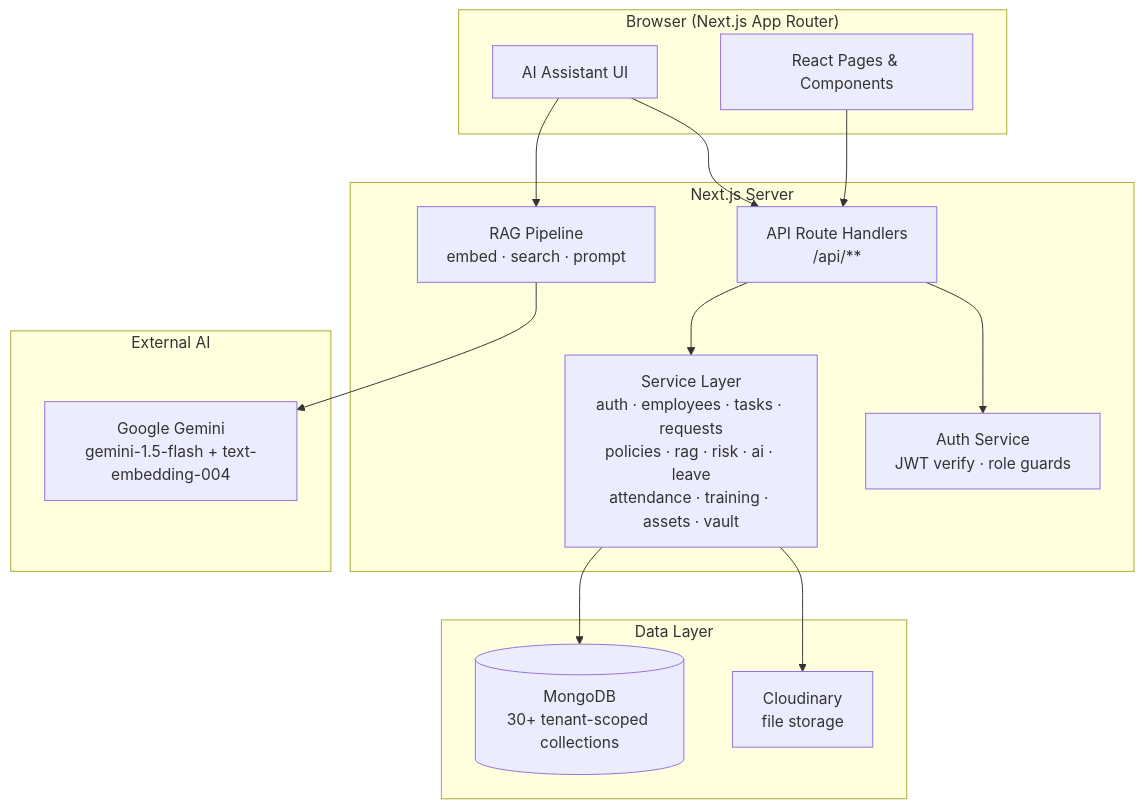
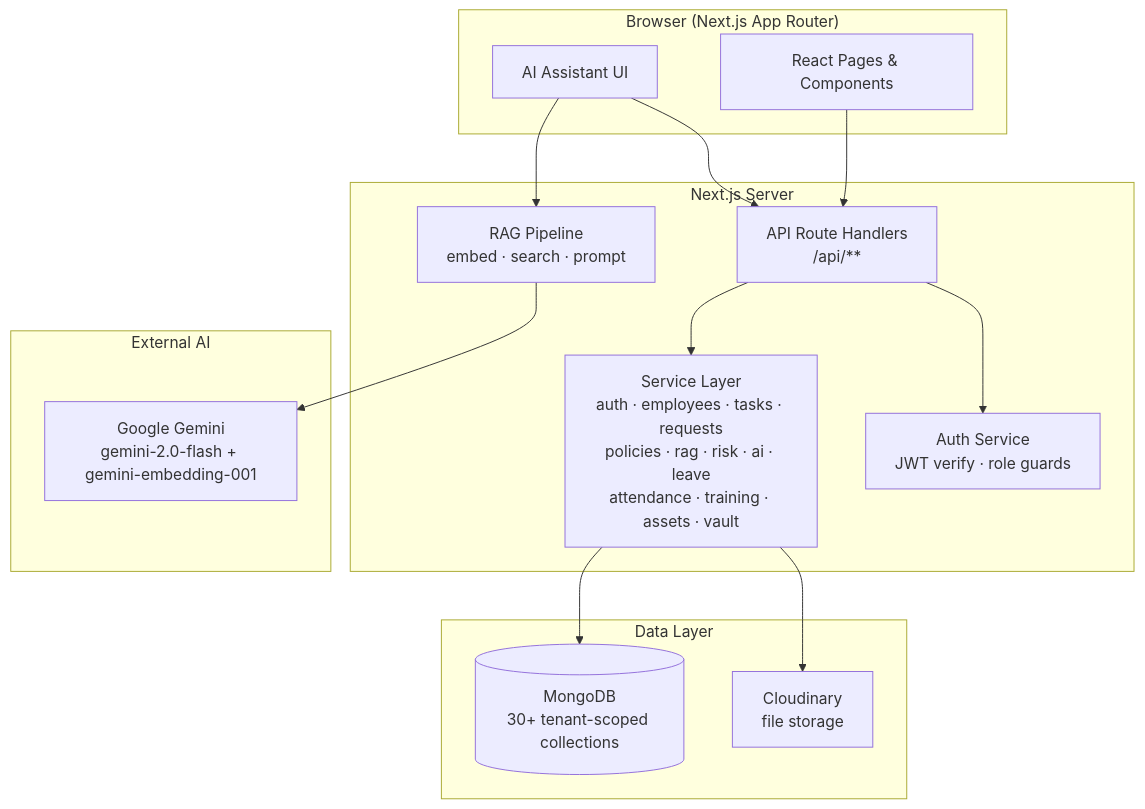
The first of 5 diagrams in README.md (harshimysarla/OnboardAI), drawn with Mermaid before and after one commit. The commit also changed other lines of this file, not shown here.

````diff
--- a/README.md
+++ b/README.md
@@ -55,32 +55,32 @@
 ```mermaid
 flowchart TB
     subgraph Client["Browser (Next.js App Router)"]
         UI[React Pages & Components]
         AIUI[AI Assistant UI]
     end
 
     subgraph Server["Next.js Server"]
         API[API Route Handlers<br/>/api/**]
         SVL[Service Layer<br/>auth · employees · tasks · requests<br/>policies · rag · risk · ai · leave<br/>attendance · training · assets · vault]
         AUTH[Auth Service<br/>JWT verify · role guards]
         RAG[RAG Pipeline<br/>embed · search · prompt]
     end
 
     subgraph Data["Data Layer"]
         MONGO[(MongoDB<br/>30+ tenant-scoped collections)]
         CLD[Cloudinary<br/>file storage]
     end
 
     subgraph External["External AI"]
-        GEM[Google Gemini<br/>gemini-1.5-flash + text-embedding-004]
+        GEM[Google Gemini<br/>gemini-2.0-flash + gemini-embedding-001]
     end
 
     UI --> API
     AIUI --> API
     API --> AUTH
     API --> SVL
     SVL --> MONGO
     SVL --> CLD
     RAG --> GEM
     AIUI --> RAG
 ```
````
